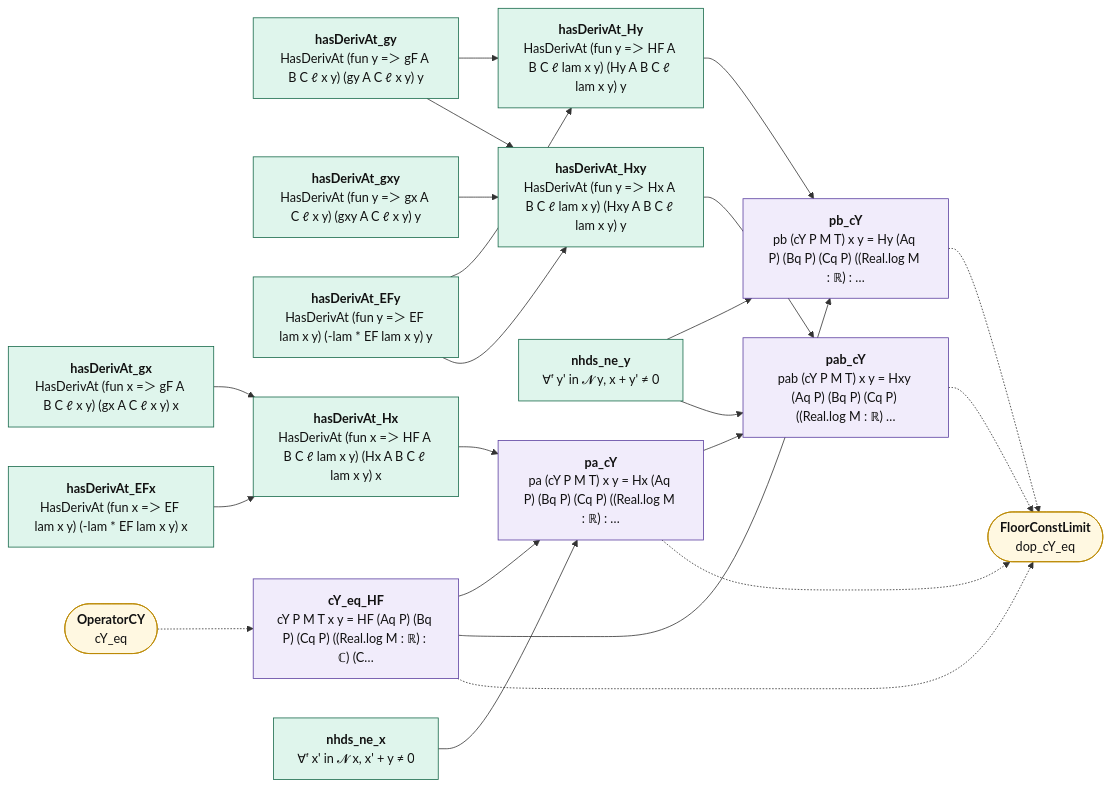
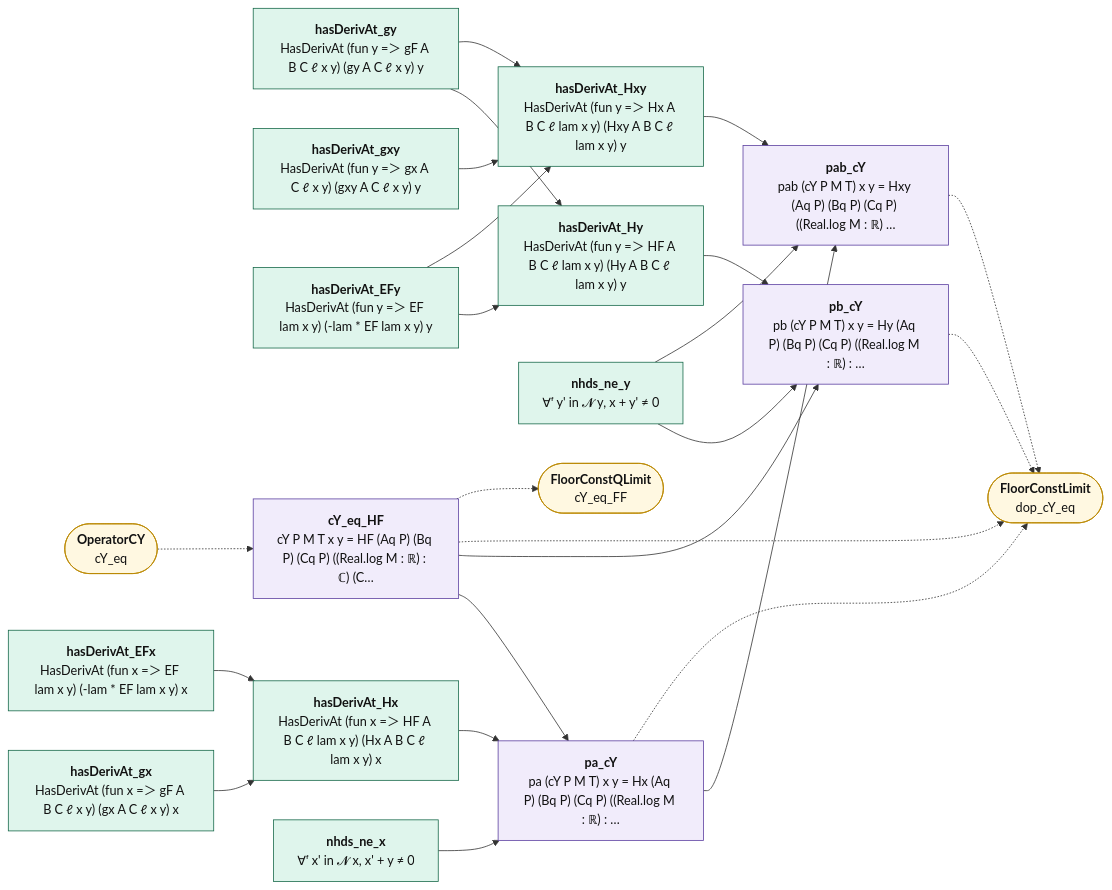
The diagram in map/lean_stage3/FloorConstDeriv.mmd (juliansambranojr/Primebeat_081426), drawn with Mermaid before and after one commit. The commit also changed 27 other files, not shown here.

```diff
--- a/map/lean_stage3/FloorConstDeriv.mmd
+++ b/map/lean_stage3/FloorConstDeriv.mmd
@@ -1,46 +1,48 @@
 flowchart LR
   n0["<b>hasDerivAt_gx</b><br/>HasDerivAt (fun x =＞ gF A B C ℓ x y) (gx A C ℓ x y) x"]:::cnt
   n1["<b>hasDerivAt_gy</b><br/>HasDerivAt (fun y =＞ gF A B C ℓ x y) (gy A C ℓ x y) y"]:::cnt
   n2["<b>hasDerivAt_gxy</b><br/>HasDerivAt (fun y =＞ gx A C ℓ x y) (gxy A C ℓ x y) y"]:::cnt
   n3["<b>hasDerivAt_EFx</b><br/>HasDerivAt (fun x =＞ EF lam x y) (-lam * EF lam x y) x"]:::cnt
   n4["<b>hasDerivAt_EFy</b><br/>HasDerivAt (fun y =＞ EF lam x y) (-lam * EF lam x y) y"]:::cnt
   n5["<b>hasDerivAt_Hx</b><br/>HasDerivAt (fun x =＞ HF A B C ℓ lam x y) (Hx A B C ℓ lam x y) x"]:::cnt
   n6["<b>hasDerivAt_Hy</b><br/>HasDerivAt (fun y =＞ HF A B C ℓ lam x y) (Hy A B C ℓ lam x y) y"]:::cnt
   n7["<b>hasDerivAt_Hxy</b><br/>HasDerivAt (fun y =＞ Hx A B C ℓ lam x y) (Hxy A B C ℓ lam x y) y"]:::cnt
   n8["<b>cY_eq_HF</b><br/>cY P M T x y = HF (Aq P) (Bq P) (Cq P) ((Real.log M : ℝ) : ℂ) (C…"]:::shp
   n9["<b>nhds_ne_x</b><br/>∀ᶠ x' in 𝓝 x, x' + y ≠ 0"]:::cnt
   n10["<b>nhds_ne_y</b><br/>∀ᶠ y' in 𝓝 y, x + y' ≠ 0"]:::cnt
   n11["<b>pa_cY</b><br/>pa (cY P M T) x y = Hx (Aq P) (Bq P) (Cq P) ((Real.log M : ℝ) : …"]:::shp
   n12["<b>pb_cY</b><br/>pb (cY P M T) x y = Hy (Aq P) (Bq P) (Cq P) ((Real.log M : ℝ) : …"]:::shp
   n13["<b>pab_cY</b><br/>pab (cY P M T) x y = Hxy (Aq P) (Bq P) (Cq P) ((Real.log M : ℝ) …"]:::shp
   x0(["<b>OperatorCY</b><br/>cY_eq"]):::ext
   x1(["<b>FloorConstLimit</b><br/>dop_cY_eq"]):::ext
+  x2(["<b>FloorConstQLimit</b><br/>cY_eq_FF"]):::ext
   n0 --> n5
   n1 --> n6
   n1 --> n7
   n10 --> n12
   n10 --> n13
   n11 --> n13
   n2 --> n7
   n3 --> n5
   n4 --> n6
   n4 --> n7
   n5 --> n11
   n6 --> n12
   n7 --> n13
   n8 --> n11
   n8 --> n12
   n9 --> n11
   n11 -.-> x1
   n12 -.-> x1
   n13 -.-> x1
   n8 -.-> x1
+  n8 -.-> x2
   x0 -.-> n8
   classDef cnt fill:#dff5ec,stroke:#17694a,color:#111
   classDef shp fill:#f1ecfb,stroke:#5b3fa0,color:#111
   classDef rh fill:#ffe5e5,stroke:#c22,color:#111,stroke-width:2px
   classDef thm fill:#eef4ff,stroke:#335,color:#111
   classDef end_ fill:#e7f7e7,stroke:#2a7,color:#111,stroke-width:2px
   classDef lone fill:#fff,stroke:#999,color:#111,stroke-dasharray:4 3
   classDef bad fill:#ffe5e5,stroke:#c22,color:#111,stroke-width:2px
   classDef ext fill:#fff8e1,stroke:#b80,color:#111
```
